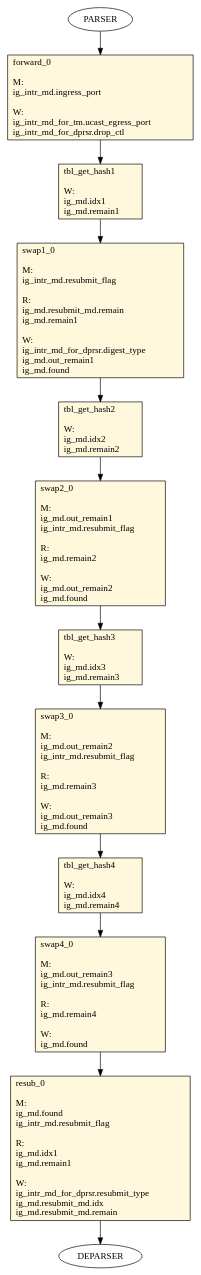
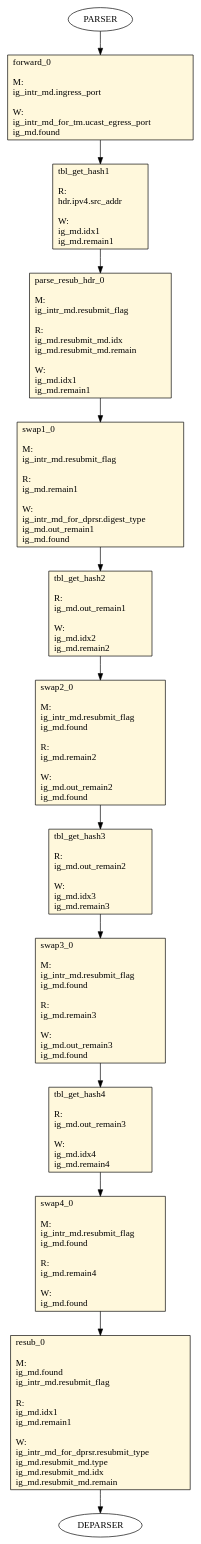
One commit to joepboumans/waterfall-table changed the diagram in waterfall-fcm-srctuple/waterfall_fcm/tofino/pipe/graphs/0_table_flow_graph_ingress.dot. Above: the diagram before and after it, drawn with Graphviz. The commit also changed 41 other files, not shown here.

```diff
--- a/waterfall-fcm-srctuple/waterfall_fcm/tofino/pipe/graphs/0_table_flow_graph_ingress.dot
+++ b/waterfall-fcm-srctuple/waterfall_fcm/tofino/pipe/graphs/0_table_flow_graph_ingress.dot
@@ -1,92 +1,111 @@
 digraph ingress {
 forward_0 [ shape=record, style="filled", fillcolor=cornsilk, label="forward_0\l\l
 M:\l
  ig_intr_md.ingress_port\l
 \lW:\l
  ig_intr_md_for_tm.ucast_egress_port\l
- ig_intr_md_for_dprsr.drop_ctl\l
+ ig_md.found\l
  "];
 tbl_get_hash1 [ shape=record, style="filled", fillcolor=cornsilk, label="tbl_get_hash1\l\l
-W:\l
+R:\l
+ hdr.ipv4.src_addr\l
+\lW:\l
+ ig_md.idx1\l
+ ig_md.remain1\l
+ "];
+parse_resub_hdr_0 [ shape=record, style="filled", fillcolor=cornsilk, label="parse_resub_hdr_0\l\l
+M:\l
+ ig_intr_md.resubmit_flag\l
+\lR:\l
+ ig_md.resubmit_md.idx\l
+ ig_md.resubmit_md.remain\l
+\lW:\l
  ig_md.idx1\l
  ig_md.remain1\l
  "];
 swap1_0 [ shape=record, style="filled", fillcolor=cornsilk, label="swap1_0\l\l
 M:\l
  ig_intr_md.resubmit_flag\l
 \lR:\l
- ig_md.resubmit_md.remain\l
  ig_md.remain1\l
 \lW:\l
  ig_intr_md_for_dprsr.digest_type\l
  ig_md.out_remain1\l
  ig_md.found\l
  "];
 tbl_get_hash2 [ shape=record, style="filled", fillcolor=cornsilk, label="tbl_get_hash2\l\l
-W:\l
+R:\l
+ ig_md.out_remain1\l
+\lW:\l
  ig_md.idx2\l
  ig_md.remain2\l
  "];
 swap2_0 [ shape=record, style="filled", fillcolor=cornsilk, label="swap2_0\l\l
 M:\l
- ig_md.out_remain1\l
  ig_intr_md.resubmit_flag\l
+ ig_md.found\l
 \lR:\l
  ig_md.remain2\l
 \lW:\l
  ig_md.out_remain2\l
  ig_md.found\l
  "];
 tbl_get_hash3 [ shape=record, style="filled", fillcolor=cornsilk, label="tbl_get_hash3\l\l
-W:\l
+R:\l
+ ig_md.out_remain2\l
+\lW:\l
  ig_md.idx3\l
  ig_md.remain3\l
  "];
 swap3_0 [ shape=record, style="filled", fillcolor=cornsilk, label="swap3_0\l\l
 M:\l
- ig_md.out_remain2\l
  ig_intr_md.resubmit_flag\l
+ ig_md.found\l
 \lR:\l
  ig_md.remain3\l
 \lW:\l
  ig_md.out_remain3\l
  ig_md.found\l
  "];
 tbl_get_hash4 [ shape=record, style="filled", fillcolor=cornsilk, label="tbl_get_hash4\l\l
-W:\l
+R:\l
+ ig_md.out_remain3\l
+\lW:\l
  ig_md.idx4\l
  ig_md.remain4\l
  "];
 swap4_0 [ shape=record, style="filled", fillcolor=cornsilk, label="swap4_0\l\l
 M:\l
- ig_md.out_remain3\l
  ig_intr_md.resubmit_flag\l
+ ig_md.found\l
 \lR:\l
  ig_md.remain4\l
 \lW:\l
  ig_md.found\l
  "];
 resub_0 [ shape=record, style="filled", fillcolor=cornsilk, label="resub_0\l\l
 M:\l
  ig_md.found\l
  ig_intr_md.resubmit_flag\l
 \lR:\l
  ig_md.idx1\l
  ig_md.remain1\l
 \lW:\l
  ig_intr_md_for_dprsr.resubmit_type\l
+ ig_md.resubmit_md.type\l
  ig_md.resubmit_md.idx\l
  ig_md.resubmit_md.remain\l
  "];
     PARSER -> forward_0
     forward_0 -> tbl_get_hash1
-    tbl_get_hash1 -> swap1_0
+    tbl_get_hash1 -> parse_resub_hdr_0
+    parse_resub_hdr_0 -> swap1_0
     swap1_0 -> tbl_get_hash2
     tbl_get_hash2 -> swap2_0
     swap2_0 -> tbl_get_hash3
     tbl_get_hash3 -> swap3_0
     swap3_0 -> tbl_get_hash4
     tbl_get_hash4 -> swap4_0
     swap4_0 -> resub_0
     resub_0 -> DEPARSER
 }
```
